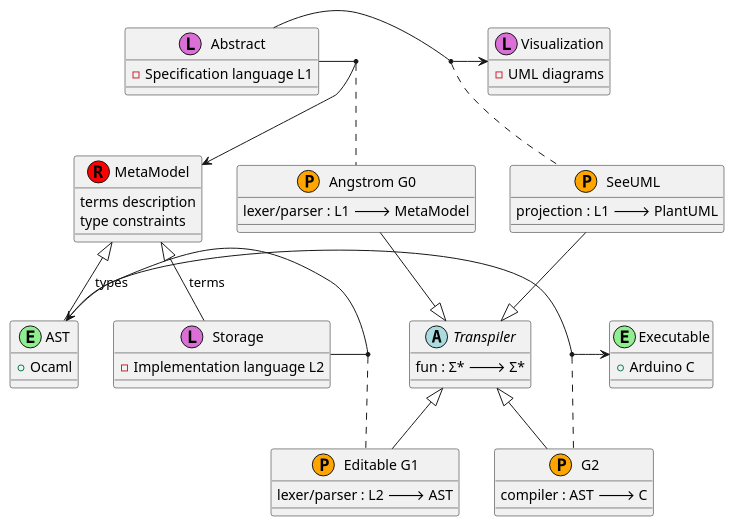
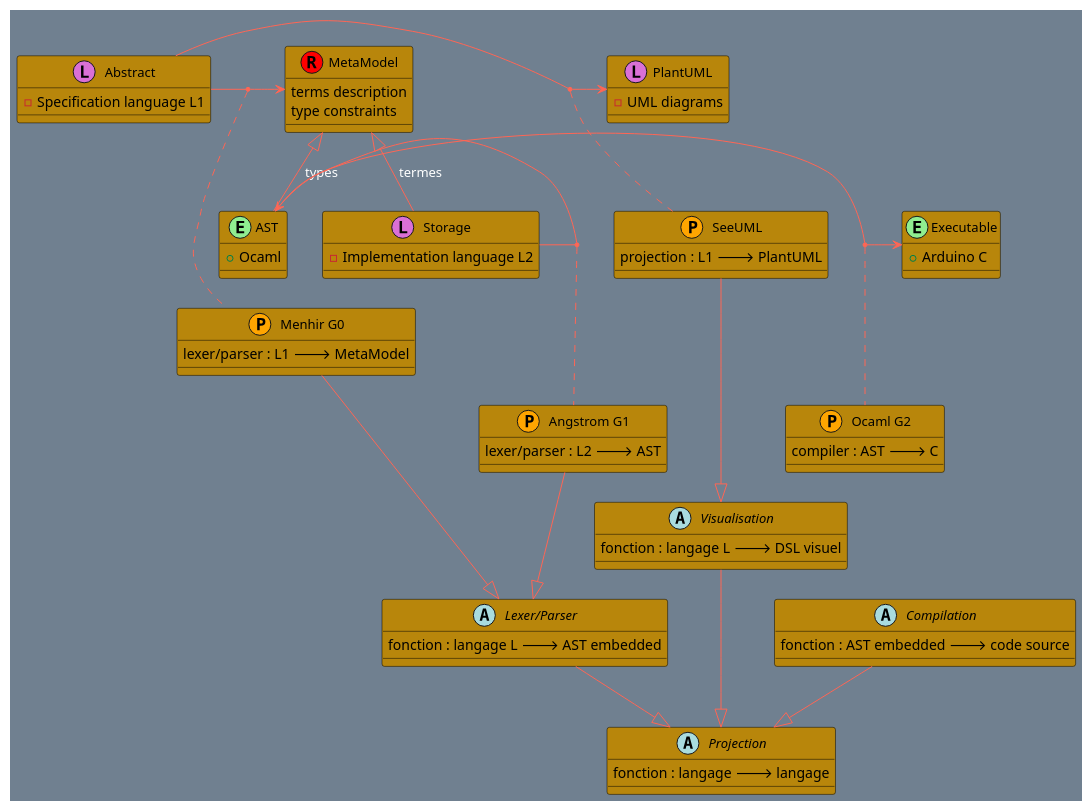
Before and after one commit to gliboc/sec-labs: the diagram in lab_1/_code/step7/model-gen-model.puml, drawn with PlantUML. The commit also changed 25 other files, not shown here.

First line of the commit message:
Ajout de diagramme UML de meta-DSL et nettoyage du repo

```diff
--- a/lab_1/_code/step7/model-gen-model.puml
+++ b/lab_1/_code/step7/model-gen-model.puml
@@ -1,77 +1,106 @@
 @startuml
+
+skinparam BackgroundColor SlateGray
+
+skinparam class {
+FontSize 13
+BackgroundColor<<Apache>> Red
+BorderColor<<Apache>> #FF6655
+FontName Droid Sans
+BorderColor black
+BackgroundColor DarkGoldenRod
+ArrowFontName Fira Code
+ArrowColor #FF6655
+ArrowFontColor #FFFFFF
+}
 
 ' DSL are with squares
 ' Embedded are with circles
-' Compilers / Transpilers are with : ?
+' Compilers / Transpilations are with : ?
 
 class Abstract <<(L,orchid)>> {
     - Specification language L1
 }
 
-Abstract -> Visualization
-(Abstract, Visualization) . SeeUML
-SeeUML --|>Transpiler 
+Abstract -> PlantUML
+(Abstract, PlantUML) . SeeUML
+SeeUML --|> Visualisation
 
 class SeeUML <<(P,orange)>> {
     projection : L1 🡒 PlantUML
 }
 
 
 
 
 class AST <<(E,lightgreen)>> {
     + Ocaml
 }
 
 AST --|> MetaModel : "types"
 
 
-class Visualization <<(L,orchid)>> {
+class PlantUML <<(L,orchid)>> {
     - UML diagrams
 }
 
 
 class Executable <<(E,lightgreen)>> {
     + Arduino C
 }
 
 class Storage << (L,orchid) >> {
     - Implementation language L2
 }
 
-class "Angstrom G0" <<(P,orange)>> {
+class "Menhir G0" <<(P,orange)>> {
     lexer/parser : L1 🡒 MetaModel
 }
-
-"Angstrom G0" --|> Transpiler 
 
 class MetaModel <<(R,red)>> {
     terms description
     type constraints
 }
 
 Abstract -> MetaModel
-(Abstract, MetaModel) . "Angstrom G0"
+(Abstract, MetaModel) . "Menhir G0"
 
-class "Editable G1" <<(P,orange)>> {
+class "Angstrom G1" <<(P,orange)>> {
     lexer/parser : L2 🡒 AST
 }
 
-class G2 <<(P,orange)>> {
+class "Ocaml G2" <<(P,orange)>> {
     compiler : AST 🡒 C
 }
 
-abstract class Transpiler {
-    fun : Σ* 🡒 Σ*
+abstract class Projection {
+    fonction : langage 🡒 langage
 }
 
-Transpiler <|-- G2 
-Transpiler <|-- "Editable G1" 
+abstract class Visualisation {
+    fonction : langage L 🡒 DSL visuel
+}
+
+abstract class "Lexer/Parser" {
+    fonction : langage L 🡒 AST embedded
+}
+
+abstract class Compilation {
+    fonction : AST embedded 🡒 code source
+}
+
+Compilation --|> Projection 
+Visualisation --|> Projection 
+"Lexer/Parser" --|> Projection
+
+"Menhir G0" --|> "Lexer/Parser"
+"Angstrom G1" --|> "Lexer/Parser"
+
 Storage -> AST 
-(Storage, AST) . "Editable G1"
+(Storage, AST) . "Angstrom G1"
 AST -> Executable
-(AST, Executable) . G2
+(AST, Executable) . "Ocaml G2"
 
-MetaModel <|-- Storage : "terms"
+MetaModel <|-- Storage : "termes"
 
 @enduml
```
